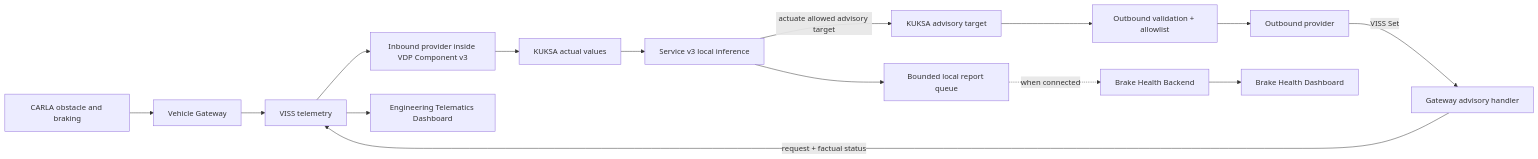
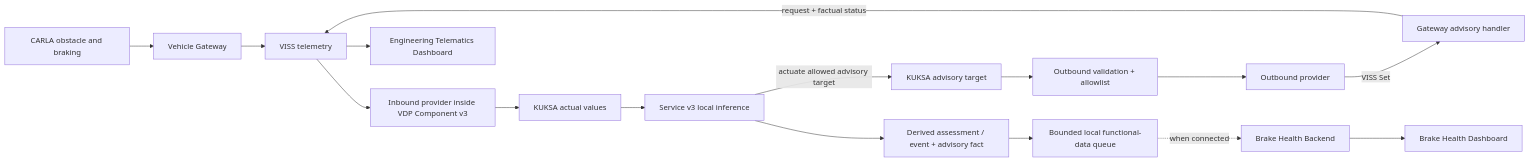
Before and after one commit to alexmaninblack/aosedge-sdv-demo: diagram 15 of 20 in docs/architecture/demo-scenario-architecture-flows.md, drawn with Mermaid. The commit also changed other lines of this file and 24 other files, not shown here.

````diff
--- a/docs/architecture/demo-scenario-architecture-flows.md
+++ b/docs/architecture/demo-scenario-architecture-flows.md
@@ -797,14 +819,15 @@
 ```mermaid
 flowchart LR
     SCENE["CARLA obstacle and braking"] --> GW["Vehicle Gateway"]
     GW --> VISS["VISS telemetry"] --> PIN["Inbound provider inside VDP Component v3"]
     PIN --> ACTUAL["KUKSA actual values"] --> S3["Service v3 local inference"]
     S3 -->|"actuate allowed advisory target"| TARGET["KUKSA advisory target"]
     TARGET --> POLICY["Outbound validation + allowlist"] --> POUT["Outbound provider"]
     POUT -->|"VISS Set"| GWADV["Gateway advisory handler"]
     GWADV -->|"request + factual status"| VISS
     VISS --> ENG["Engineering Telematics Dashboard"]
 
-    S3 --> QUEUE["Bounded local report queue"]
+    S3 --> RESULT["Derived assessment / event + advisory fact"]
+    RESULT --> QUEUE["Bounded local functional-data queue"]
     QUEUE -. "when connected" .-> BE["Brake Health Backend"] --> BD["Brake Health Dashboard"]
 ```
````
